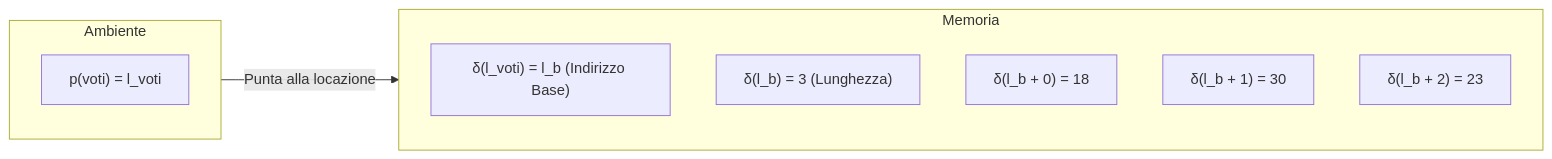
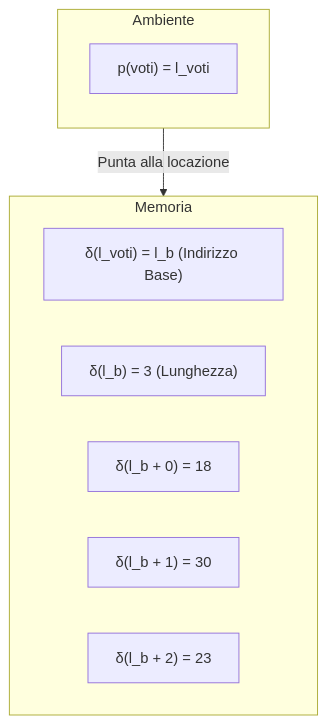
The diagram in anno_1/programmazione_e_algoritmica/2026-10-12_introduzione_agli_array.md (dennyb87/informatica-unipi), drawn with Mermaid before and after one commit.

Commit message:
should do

````diff
--- a/anno_1/programmazione_e_algoritmica/2026-10-12_introduzione_agli_array.md
+++ b/anno_1/programmazione_e_algoritmica/2026-10-12_introduzione_agli_array.md
@@ -33,18 +33,18 @@
 ```mermaid
-graph LR
+graph TD
     subgraph Ambiente [Ambiente]
-        direction TB
+        direction TD
         A["p(voti) = l_voti"]
     end
 
     subgraph Memoria [Memoria]
-        direction TD
+        direction LR
         B1["δ(l_voti) = l_b (Indirizzo Base)"]
         B2["δ(l_b) = 3 (Lunghezza)"]
         B3["δ(l_b + 0) = 18"]
         B4["δ(l_b + 1) = 30"]
         B5["δ(l_b + 2) = 23"]
     end
 
     A -->|Punta alla locazione| B1
 ```
````
